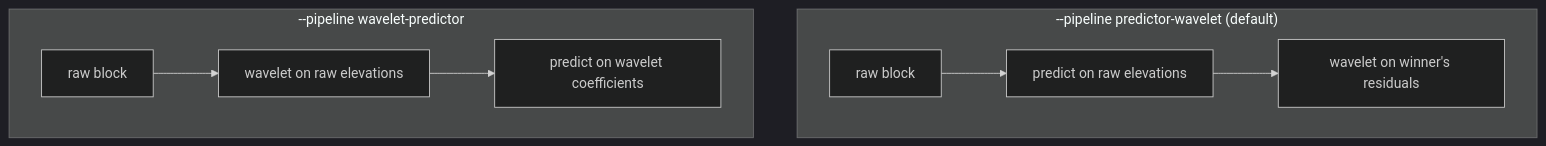
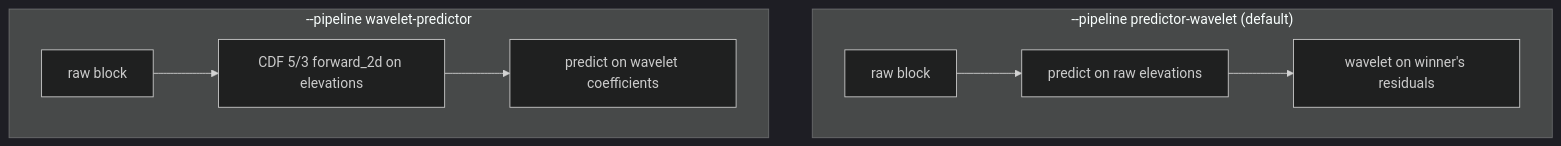
The fifth of 12 diagrams in docs/pipeline.md (yashwk/libxtm), drawn with Mermaid (dark theme) before and after one commit. The commit also changed other lines of this file and 70 other files, not shown here.

````diff
--- a/docs/pipeline.md
+++ b/docs/pipeline.md
@@ -230,13 +240,13 @@
 ```mermaid
 flowchart TB
     subgraph PW["--pipeline predictor-wavelet (default)"]
         direction LR
         P1[raw block] --> P2[predict on raw elevations]
         P2 --> P3[wavelet on winner's residuals]
     end
     subgraph WP["--pipeline wavelet-predictor"]
         direction LR
-        W1[raw block] --> W2[wavelet on raw elevations]
+        W1[raw block] --> W2["CDF 5/3 forward_2d on elevations"]
         W2 --> W3[predict on wavelet coefficients]
     end
 ```
````
